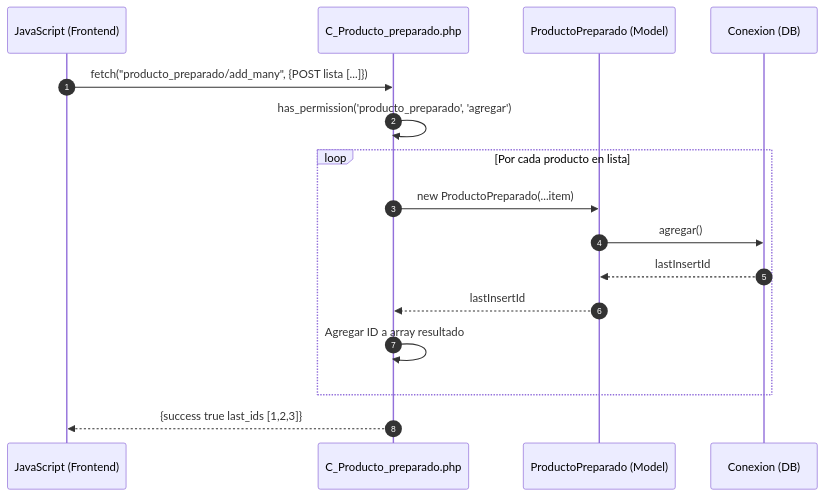
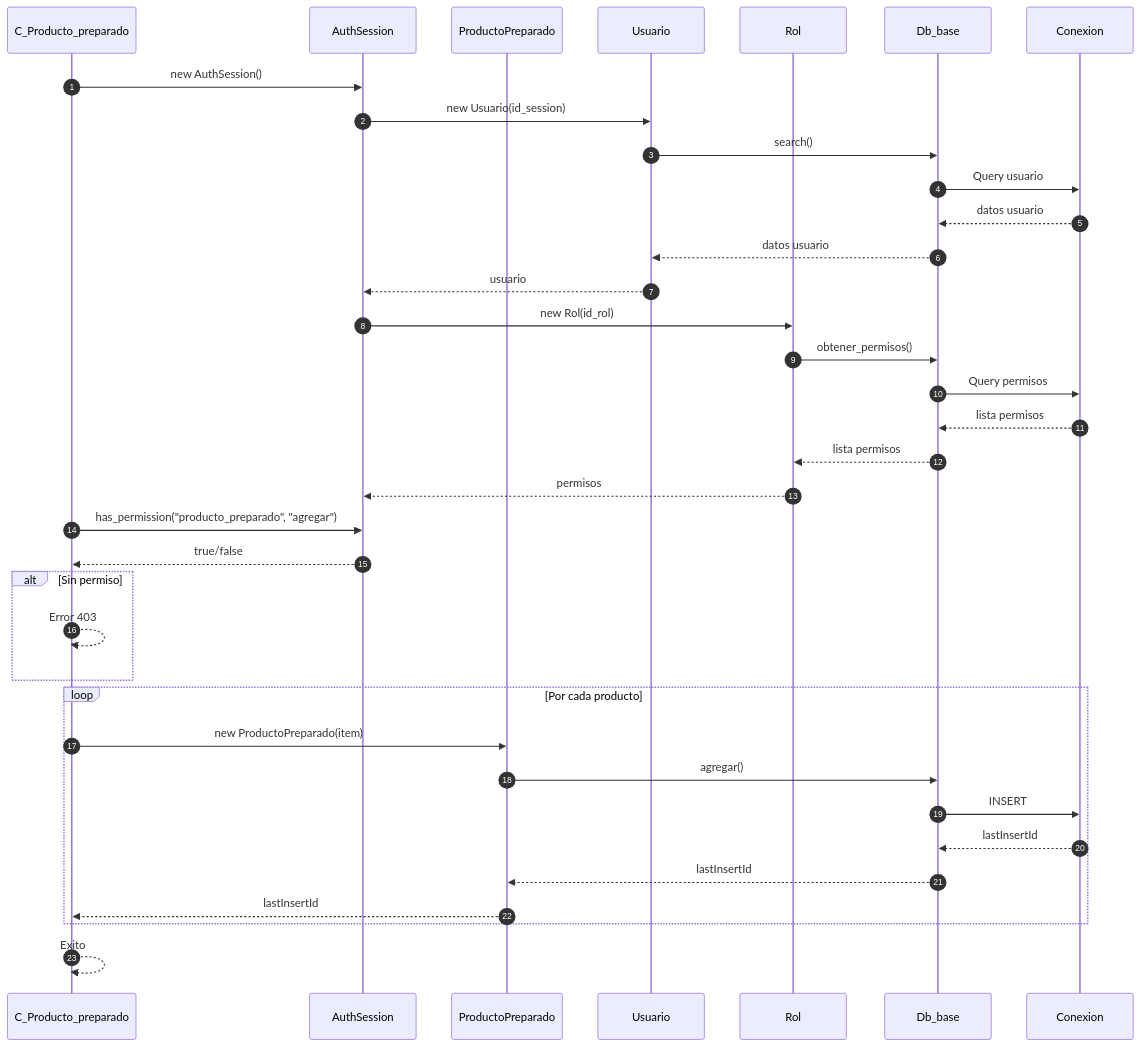
One commit to Tecrato/BurgerHouse changed the fourth of 4 diagrams in docs/secuencia/productos/producto_preparado.md. Above: the diagram before and after it, drawn with Mermaid. The commit also changed other lines of this file and 13 other files, not shown here.

First line of the commit message:
diagramas actualizaos

````diff
--- a/docs/secuencia/productos/producto_preparado.md
+++ b/docs/secuencia/productos/producto_preparado.md
@@ -91,22 +141,44 @@
 ```mermaid
 sequenceDiagram
     autonumber
-    participant JS as JavaScript (Frontend)
-    participant C_Producto_preparado as C_Producto_preparado.php
-    participant ProductoPreparado as ProductoPreparado (Model)
-    participant DB as Conexion (DB)
+    participant C_Producto_preparado as C_Producto_preparado
+    participant AuthSession as AuthSession
+    participant ProductoPreparado as ProductoPreparado
+    participant Usuario as Usuario
+    participant Rol as Rol
+    participant Db_base as Db_base
+    participant Conexion as Conexion
     
-    JS->>C_Producto_preparado: fetch("producto_preparado/add_many", {POST lista [...]})
+    C_Producto_preparado->>AuthSession: new AuthSession()
+    AuthSession->>Usuario: new Usuario(id_session)
+    Usuario->>Db_base: search()
+    Db_base->>Conexion: Query usuario
+    Conexion-->>Db_base: datos usuario
+    Db_base-->>Usuario: datos usuario
+    Usuario-->>AuthSession: usuario
     
-    C_Producto_preparado->>C_Producto_preparado: has_permission('producto_preparado', 'agregar')
+    AuthSession->>Rol: new Rol(id_rol)
+    Rol->>Db_base: obtener_permisos()
+    Db_base->>Conexion: Query permisos
+    Conexion-->>Db_base: lista permisos
+    Db_base-->>Rol: lista permisos
+    Rol-->>AuthSession: permisos
     
-    loop Por cada producto en lista
-        C_Producto_preparado->>ProductoPreparado: new ProductoPreparado(...item)
-        ProductoPreparado->>DB: agregar()
-        DB-->>ProductoPreparado: lastInsertId
-        ProductoPreparado-->>C_Producto_preparado: lastInsertId
-        C_Producto_preparado->>C_Producto_preparado: Agregar ID a array resultado
+    C_Producto_preparado->>AuthSession: has_permission("producto_preparado", "agregar")
+    AuthSession-->>C_Producto_preparado: true/false
+    
+    alt Sin permiso
+        C_Producto_preparado-->>C_Producto_preparado: Error 403
     end
     
-    C_Producto_preparado-->>JS: {success true last_ids [1,2,3]}
+    loop Por cada producto
+        C_Producto_preparado->>ProductoPreparado: new ProductoPreparado(item)
+        ProductoPreparado->>Db_base: agregar()
+        Db_base->>Conexion: INSERT
+        Conexion-->>Db_base: lastInsertId
+        Db_base-->>ProductoPreparado: lastInsertId
+        ProductoPreparado-->>C_Producto_preparado: lastInsertId
+    end
+    
+    C_Producto_preparado-->>C_Producto_preparado: Exito
 ```
````
